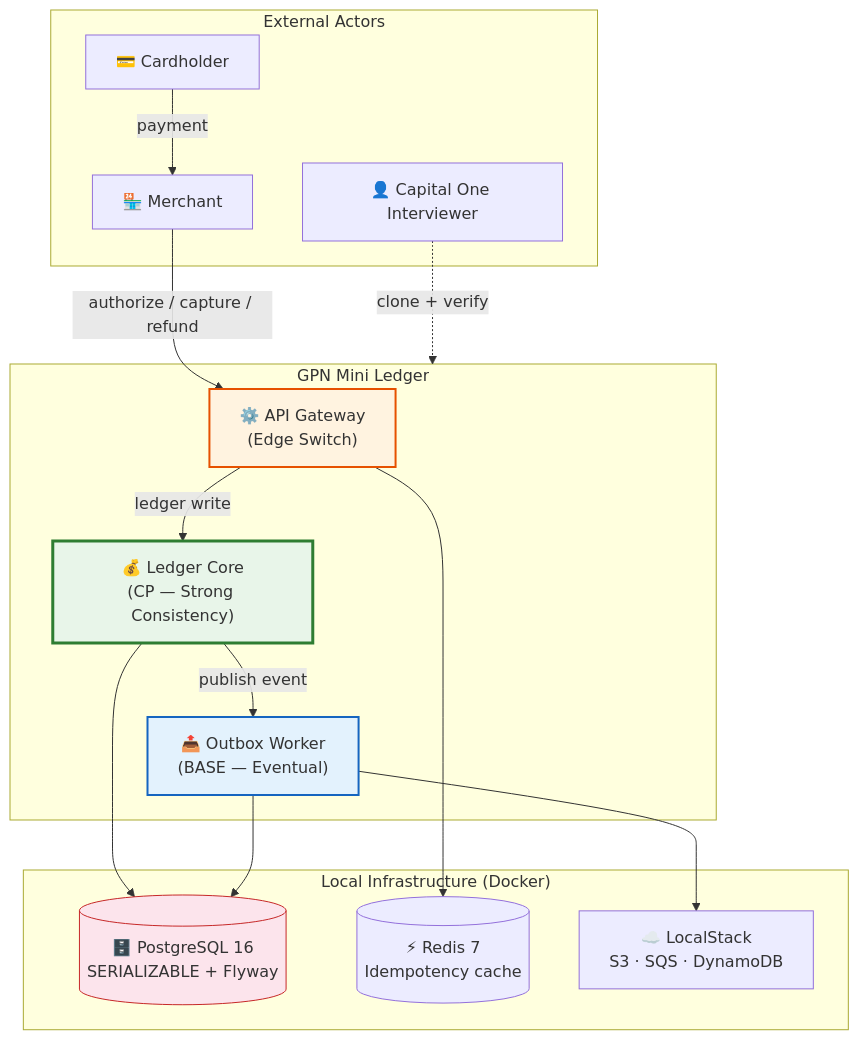
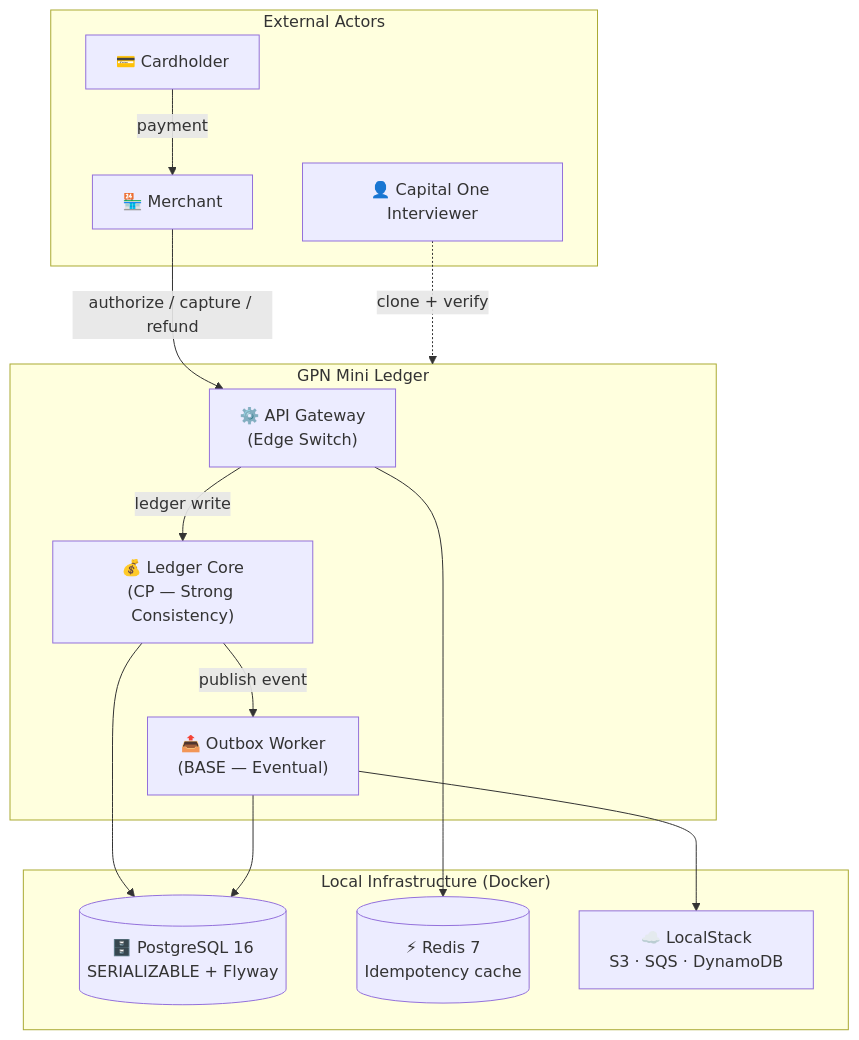
One commit to sailikhithk/gpn-mini-ledger changed the first of 7 diagrams in README.md. Above: the diagram before and after it, drawn with Mermaid. The commit also changed other lines of this file, not shown here.

First line of the commit message:
docs: fix Mermaid diagrams for GitHub dark mode rendering (#14)

````diff
--- a/README.md
+++ b/README.md
@@ -78,35 +78,30 @@
 ```mermaid
 graph TB
     subgraph External["External Actors"]
         Merchant["🏪 Merchant"]
         Cardholder["💳 Cardholder"]
         Interviewer["👤 Capital One Interviewer"]
     end
 
     subgraph GPN["GPN Mini Ledger"]
         Gateway["⚙️ API Gateway<br/>(Edge Switch)"]
         Ledger["💰 Ledger Core<br/>(CP — Strong Consistency)"]
         Outbox["📤 Outbox Worker<br/>(BASE — Eventual)"]
     end
 
     subgraph Infra["Local Infrastructure (Docker)"]
         Postgres[("🗄️ PostgreSQL 16<br/>SERIALIZABLE + Flyway")]
         Redis[("⚡ Redis 7<br/>Idempotency cache")]
         LocalStack["☁️ LocalStack<br/>S3 · SQS · DynamoDB"]
     end
 
     Cardholder -->|"payment"| Merchant
     Merchant -->|"authorize / capture / refund"| Gateway
     Gateway -->|"ledger write"| Ledger
     Ledger -->|"publish event"| Outbox
     Ledger --> Postgres
     Gateway --> Redis
     Outbox --> Postgres
     Outbox --> LocalStack
     Interviewer -.->|"clone + verify"| GPN
-
-    style Ledger fill:#e8f5e9,stroke:#2e7d32,stroke-width:3px
-    style Gateway fill:#fff3e0,stroke:#e65100,stroke-width:2px
-    style Outbox fill:#e3f2fd,stroke:#1565c0,stroke-width:2px
-    style Postgres fill:#fce4ec,stroke:#c62828
 ```
````
